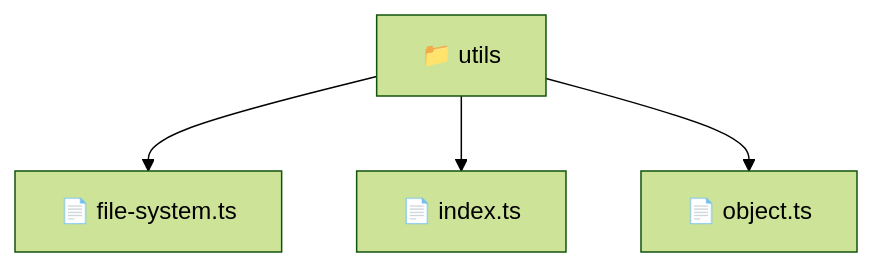
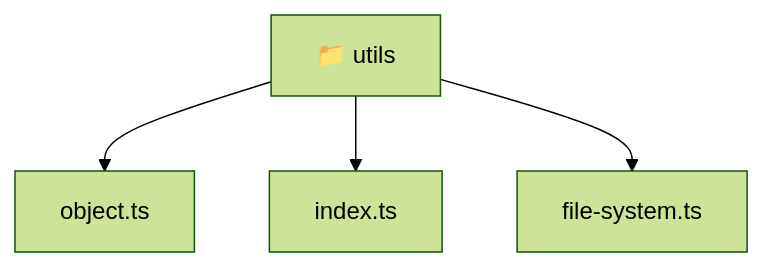
One commit to beginwebdev2002/fullstack-mavluda changed the diagram in backend/src/common/utils/README.md. Above: the diagram before and after it, drawn with Mermaid (forest theme). The commit also changed other lines of this file and 167 other files, not shown here.

````diff
--- a/backend/src/common/utils/README.md
+++ b/backend/src/common/utils/README.md
@@ -9,7 +9,10 @@
 ```mermaid
 graph TD
-  Root["📁 utils"]
-  Root --> file_system_ts["📄 file-system.ts"]
-  Root --> index_ts["📄 index.ts"]
-  Root --> object_ts["📄 object.ts"]
+  Root_utils["📁 utils"]
+  f_object_ts["object.ts"]
+  Root_utils --> f_object_ts
+  f_index_ts["index.ts"]
+  Root_utils --> f_index_ts
+  f_file_system_ts["file-system.ts"]
+  Root_utils --> f_file_system_ts
 ```
````
